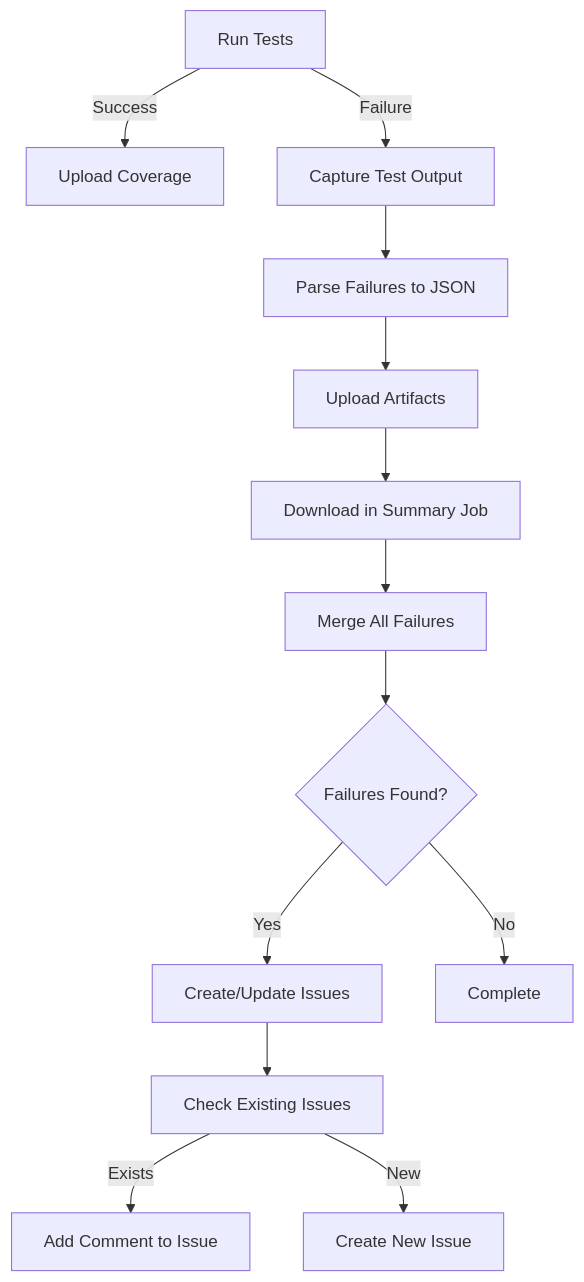
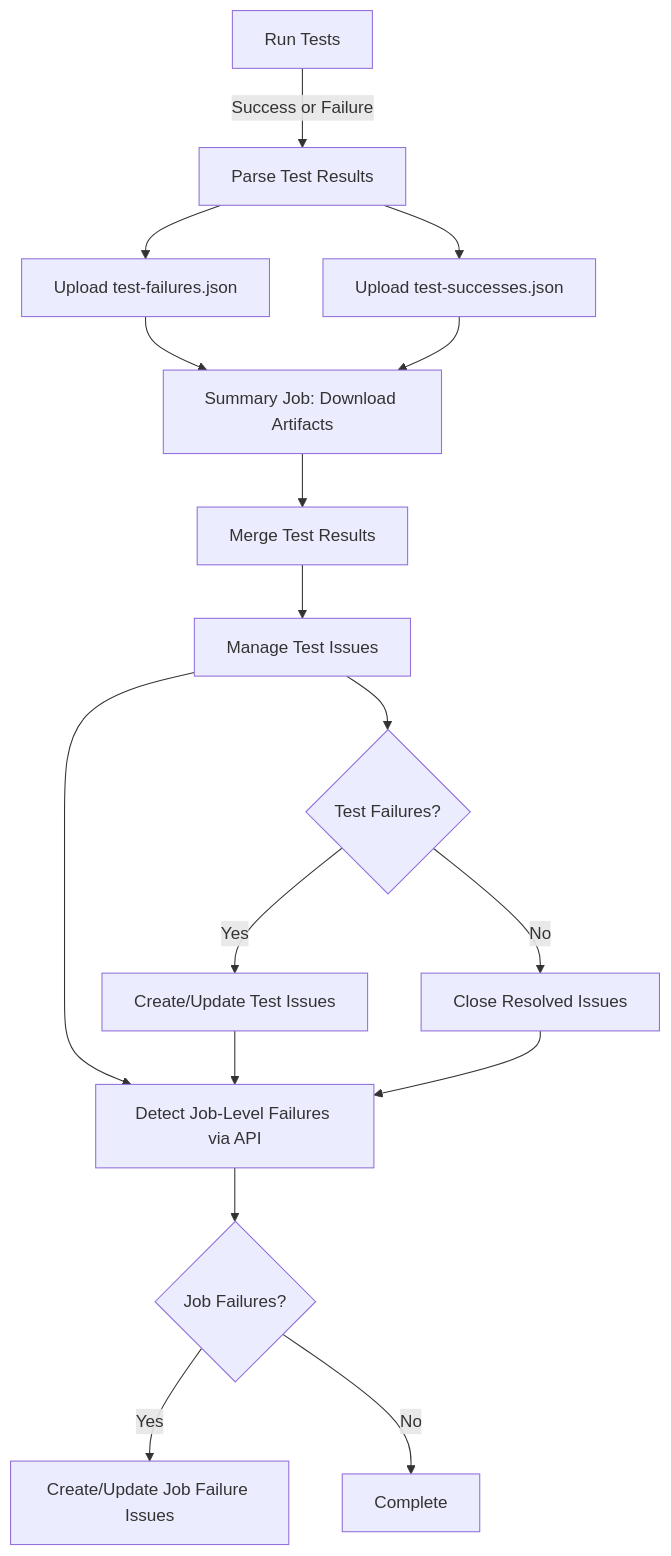
One commit to deploymenttheory/terraform-provider-microsoft365 changed the diagram in scripts/pipeline/README.md. Above: the diagram before and after it, drawn with Mermaid. The commit also changed other lines of this file and 5 other files, not shown here.

Commit message:
feat: enhance nightly tests workflow with job-level failure detection and management

````diff
--- a/scripts/pipeline/README.md
+++ b/scripts/pipeline/README.md
@@ -102,15 +142,20 @@
 ```mermaid
 graph TD
-    A[Run Tests] -->|Success| B[Upload Coverage]
-    A -->|Failure| C[Capture Test Output]
-    C --> D[Parse Failures to JSON]
-    D --> E[Upload Artifacts]
-    E --> F[Download in Summary Job]
-    F --> G[Merge All Failures]
-    G --> H{Failures Found?}
-    H -->|Yes| I[Create/Update Issues]
-    H -->|No| J[Complete]
-    I --> K[Check Existing Issues]
-    K -->|Exists| L[Add Comment to Issue]
-    K -->|New| M[Create New Issue]
+    A[Run Tests] -->|Success or Failure| B[Parse Test Results]
+    B --> C[Upload test-failures.json]
+    B --> D[Upload test-successes.json]
+    C --> E[Summary Job: Download Artifacts]
+    D --> E
+    E --> F[Merge Test Results]
+    F --> G[Manage Test Issues]
+    G --> H[Detect Job-Level Failures via API]
+    H --> I{Job Failures?}
+    I -->|Yes| J[Create/Update Job Failure Issues]
+    I -->|No| K[Complete]
+    
+    G --> L{Test Failures?}
+    L -->|Yes| M[Create/Update Test Issues]
+    L -->|No| N[Close Resolved Issues]
+    M --> H
+    N --> H
 ```
````
